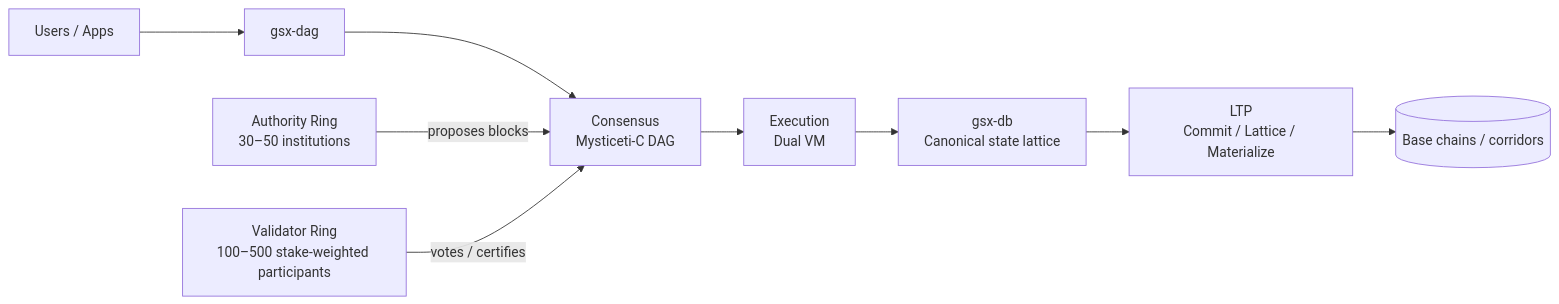
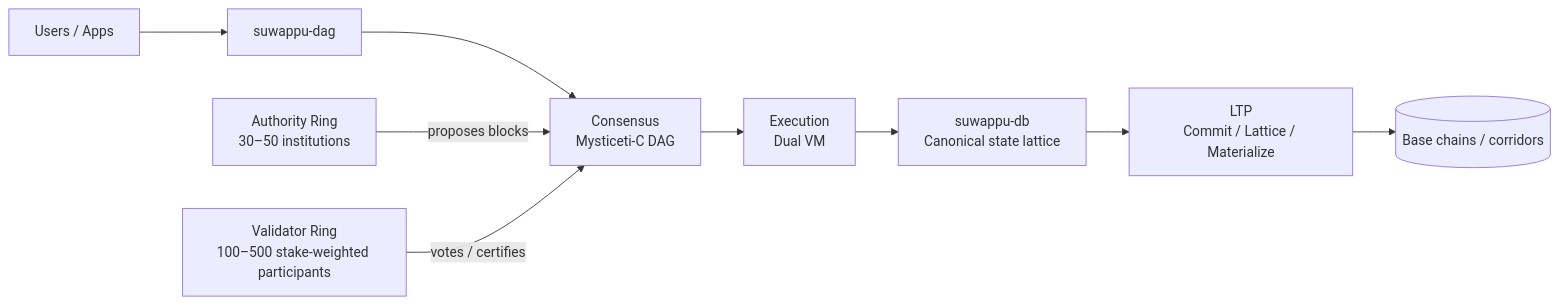
The fourth of 10 diagrams in docs/visuals/README.md (nanofaxcopy/suwappu-lattice-protocol), drawn with Mermaid before and after one commit. The commit also changed other lines of this file and 164 other files, not shown here.

First line of the commit message:
chore: rebrand GSX/GlobalSettlement -> Suwappu (Python, Solidity, docs)

````diff
--- a/docs/visuals/README.md
+++ b/docs/visuals/README.md
@@ -84,11 +84,11 @@
 ```mermaid
 flowchart LR
-  Users[Users / Apps] --> DAG[gsx-dag]
+  Users[Users / Apps] --> DAG[suwappu-dag]
   DAG --> C[Consensus<br/>Mysticeti-C DAG]
   C --> E[Execution<br/>Dual VM]
-  E --> DB[gsx-db<br/>Canonical state lattice]
+  E --> DB[suwappu-db<br/>Canonical state lattice]
   DB --> LTP[LTP<br/>Commit / Lattice / Materialize]
   LTP --> Corridors[(Base chains / corridors)]
   A[Authority Ring<br/>30–50 institutions] -->|proposes blocks| C
   V[Validator Ring<br/>100–500 stake-weighted participants] -->|votes / certifies| C
 ```
````
